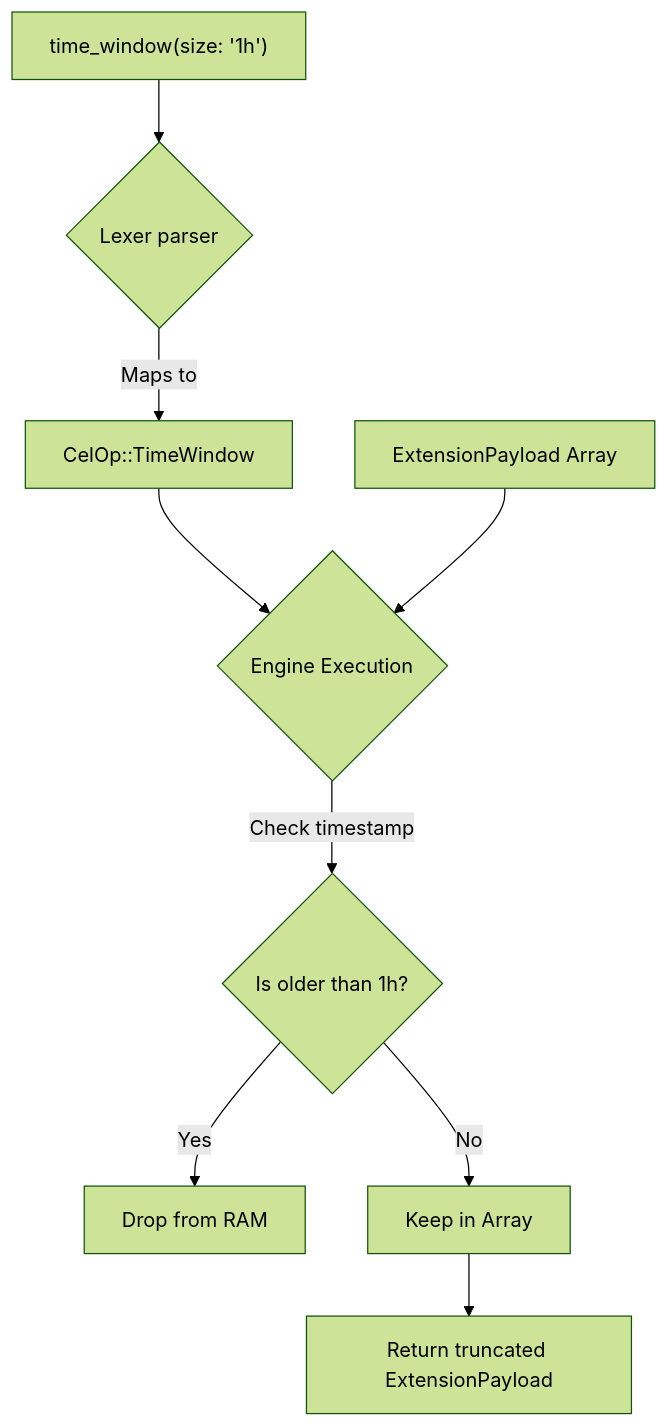
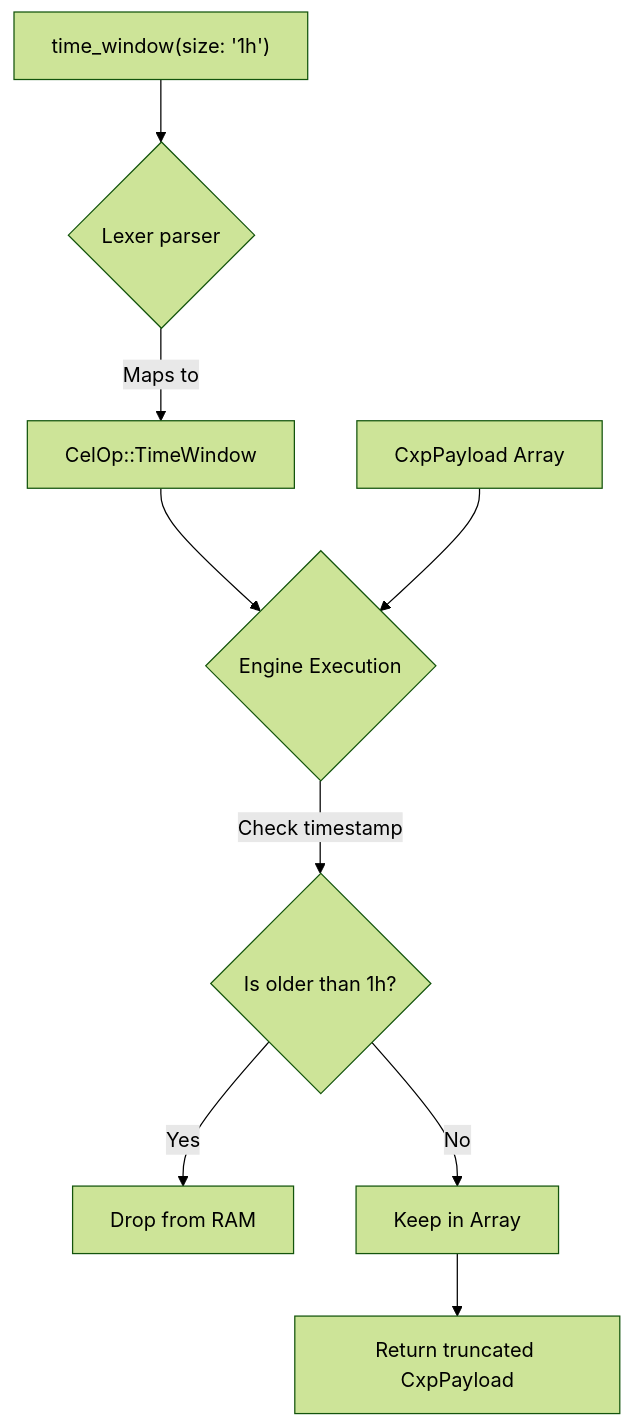
One commit to ayan-kushwaha/Cluaiz- changed the diagram in docs/cel/tutorials/time_window.md. Above: the diagram before and after it, drawn with Mermaid (forest theme). The commit also changed 109 other files, not shown here.

````diff
--- a/docs/cel/tutorials/time_window.md
+++ b/docs/cel/tutorials/time_window.md
@@ -29,17 +29,17 @@
 ```mermaid
 flowchart TD
     A["time_window(size: '1h')"] --> B{"Lexer parser"}
     
     B -->|Maps to| C["CelOp::TimeWindow"]
     
     C --> D{"Engine Execution"}
     
-    E["ExtensionPayload Array"] --> D
+    E["CxpPayload Array"] --> D
     
     D -->|Check timestamp| F{"Is older than 1h?"}
     
     F -->|Yes| G["Drop from RAM"]
     F -->|No| H["Keep in Array"]
     
-    H --> I["Return truncated ExtensionPayload"]
+    H --> I["Return truncated CxpPayload"]
 ```
````
